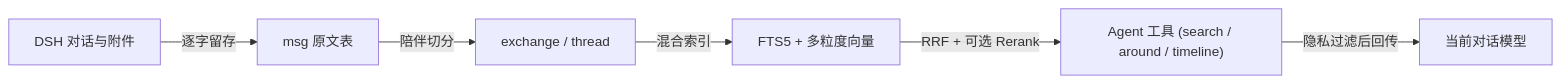
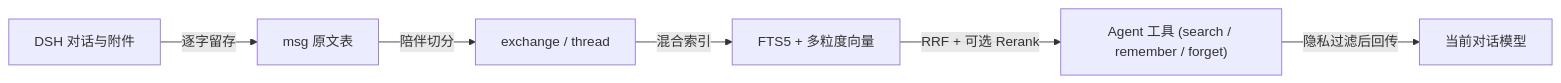
One commit to saya-ch/dsh-verbatim changed the diagram in README.md. Above: the diagram before and after it, drawn with Mermaid. The commit also changed other lines of this file and 31 other files, not shown here.

````diff
--- a/README.md
+++ b/README.md
@@ -117,8 +117,8 @@
 ```mermaid
 flowchart LR
   Chat["DSH 对话与附件"] -->|"逐字留存"| Msg["msg 原文表"]
   Msg -->|"陪伴切分"| Gran["exchange / thread"]
   Gran -->|"混合索引"| Index["FTS5 + 多粒度向量"]
-  Index -->|"RRF + 可选 Rerank"| Tools["Agent 工具 (search / around / timeline)"]
+  Index -->|"RRF + 可选 Rerank"| Tools["Agent 工具 (search / remember / forget)"]
   Tools -->|"隐私过滤后回传"| Model["当前对话模型"]
 ```
````
